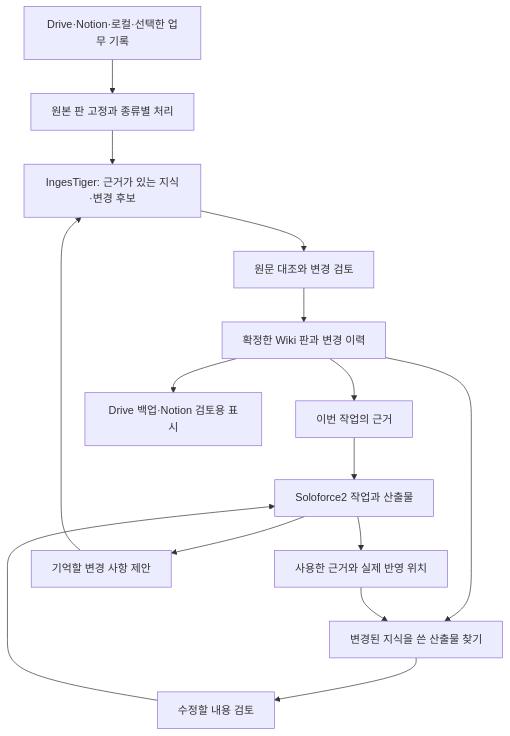
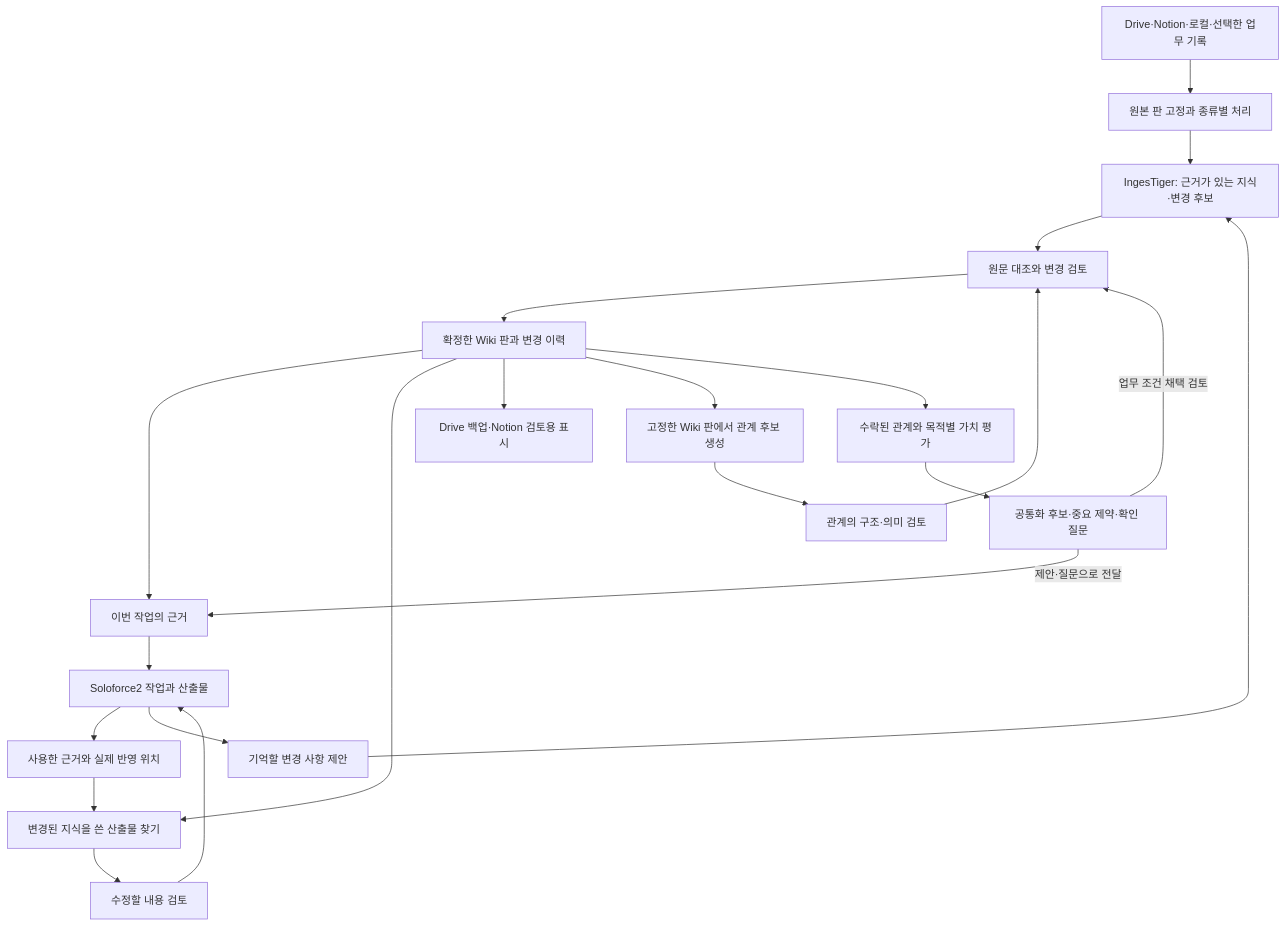
The diagram in docs/ingestiger-workflow-design.md (gbrinan/soloforce2), drawn with Mermaid before and after one commit. The commit also changed other lines of this file and 2 other files, not shown here.

Commit message:
docs: add ontology and value assessment stages to Wiki design

````diff
--- a/docs/ingestiger-workflow-design.md
+++ b/docs/ingestiger-workflow-design.md
@@ -27,17 +34,24 @@
 ```mermaid
 flowchart TD
     A[Drive·Notion·로컬·선택한 업무 기록] --> B[원본 판 고정과 종류별 처리]
     B --> C[IngesTiger: 근거가 있는 지식·변경 후보]
     C --> D[원문 대조와 변경 검토]
     D --> E[확정한 Wiki 판과 변경 이력]
     E --> F[이번 작업의 근거]
     F --> G[Soloforce2 작업과 산출물]
     G --> H[사용한 근거와 실제 반영 위치]
     G --> I[기억할 변경 사항 제안]
     I --> C
     E --> J[변경된 지식을 쓴 산출물 찾기]
     H --> J
     J --> K[수정할 내용 검토]
     K --> G
     E --> L[Drive 백업·Notion 검토용 표시]
+    E --> M[고정한 Wiki 판에서 관계 후보 생성]
+    M --> N[관계의 구조·의미 검토]
+    N --> D
+    E --> O[수락된 관계와 목적별 가치 평가]
+    O --> P[공통화 후보·중요 제약·확인 질문]
+    P -->|제안·질문으로 전달| F
+    P -->|업무 조건 채택 검토| D
 ```
````
